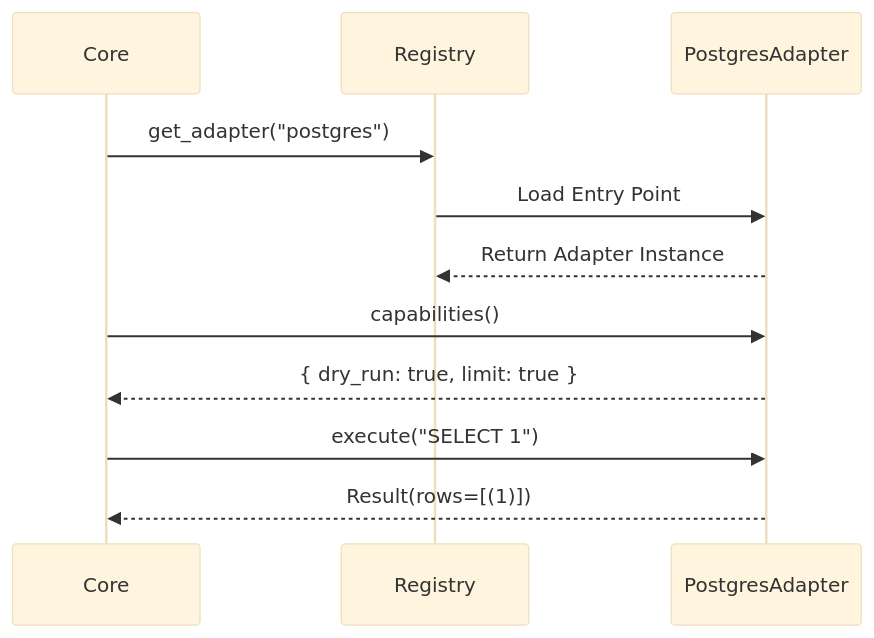
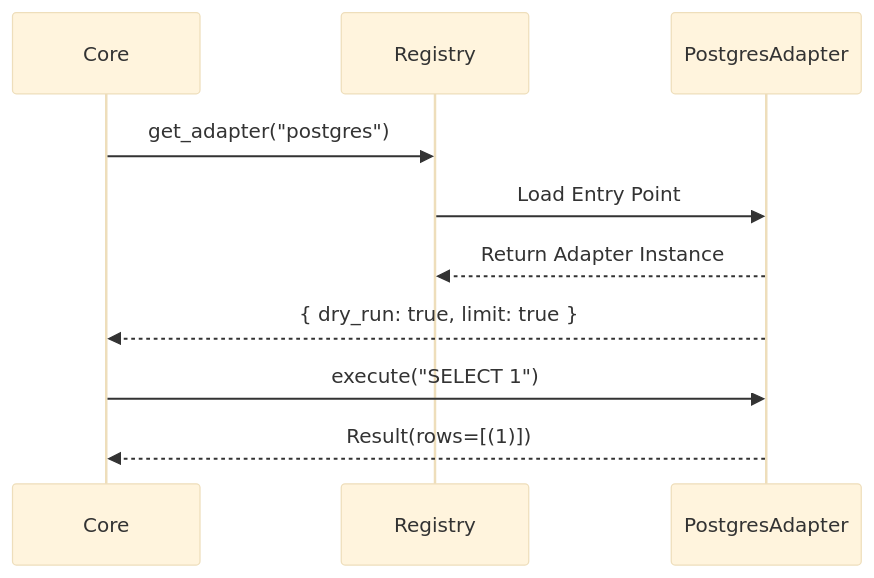
The diagram in docs/architecture/adapters.md (nadeem4/nl2sql), drawn with Mermaid (base theme) before and after one commit. The commit also changed other lines of this file and 20 other files, not shown here.

````diff
--- a/docs/architecture/adapters.md
+++ b/docs/architecture/adapters.md
@@ -9,16 +9,16 @@
 ```mermaid
 sequenceDiagram
     participant Core
     participant Registry
     participant Plugin as PostgresAdapter
 
     Core->>Registry: get_adapter("postgres")
     Registry->>Plugin: Load Entry Point
     Plugin-->>Registry: Return Adapter Instance
     
-    Core->>Plugin: capabilities()
+
     Plugin-->>Core: { dry_run: true, limit: true }
     
     Core->>Plugin: execute("SELECT 1")
     Plugin-->>Core: Result(rows=[(1)])
 ```
````
